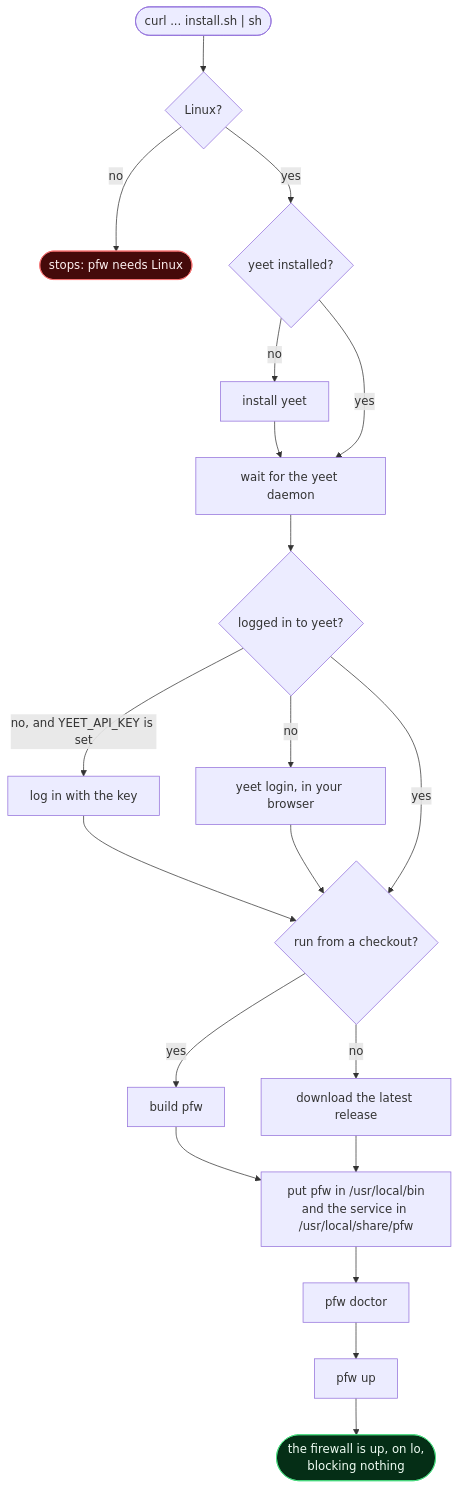
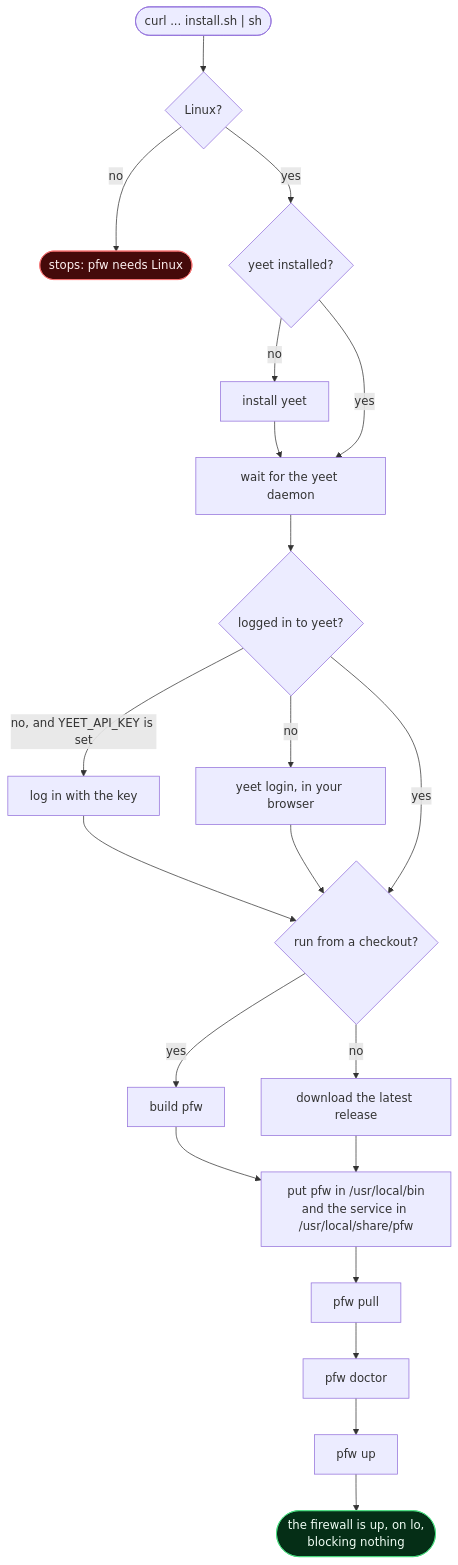
Before and after one commit to yeet-src/pfw: the diagram in assets/install.mmd, drawn with Mermaid. The commit also changed 4 other files, not shown here.

```diff
--- a/assets/install.mmd
+++ b/assets/install.mmd
@@ -1,20 +1,21 @@
 flowchart TD
     start(["curl ... install.sh | sh"]) --> linux{"Linux?"}
     linux -->|"no"| stop1(["stops: pfw needs Linux"])
     linux -->|"yes"| yeet{"yeet installed?"}
     yeet -->|"no"| getyeet["install yeet"] --> daemon
     yeet -->|"yes"| daemon["wait for the yeet daemon"]
     daemon --> login{"logged in to yeet?"}
     login -->|"no, and YEET_API_KEY is set"| key["log in with the key"] --> get
     login -->|"no"| browser["yeet login, in your browser"] --> get
     login -->|"yes"| get{"run from a checkout?"}
     get -->|"yes"| build["build pfw"] --> place
     get -->|"no"| download["download the latest release"] --> place
-    place["put pfw in /usr/local/bin<br/>and the service in /usr/local/share/pfw"] --> doctor["pfw doctor"]
+    place["put pfw in /usr/local/bin<br/>and the service in /usr/local/share/pfw"] --> pull["pfw pull"]
+    pull --> doctor["pfw doctor"]
     doctor --> up["pfw up"]
     up --> done(["the firewall is up, on lo,<br/>blocking nothing"])
 
     classDef stop fill:#450a0a,stroke:#f87171,color:#fef2f2
     classDef good fill:#052e16,stroke:#4ade80,color:#f0fdf4
     class stop1 stop
     class done good
```
